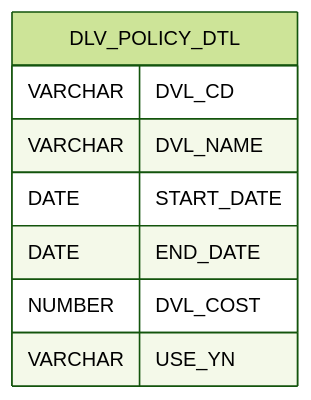
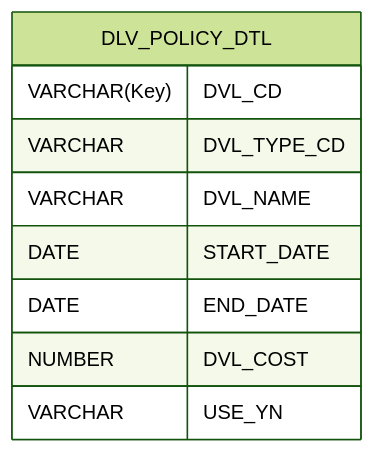
Before and after one commit to silberbullet/add-history-to-table-api: the diagram in README.md, drawn with Mermaid (forest theme). The commit also changed other lines of this file, not shown here.

````diff
--- a/README.md
+++ b/README.md
@@ -33,11 +33,12 @@
 ```mermaid
 erDiagram
     DLV_POLICY_DTL {
-        VARCHAR DVL_CD
+        VARCHAR(Key) DVL_CD
+        VARCHAR DVL_TYPE_CD
         VARCHAR DVL_NAME
         DATE START_DATE
         DATE END_DATE
         NUMBER DVL_COST
         VARCHAR USE_YN
     }
 ```
````
